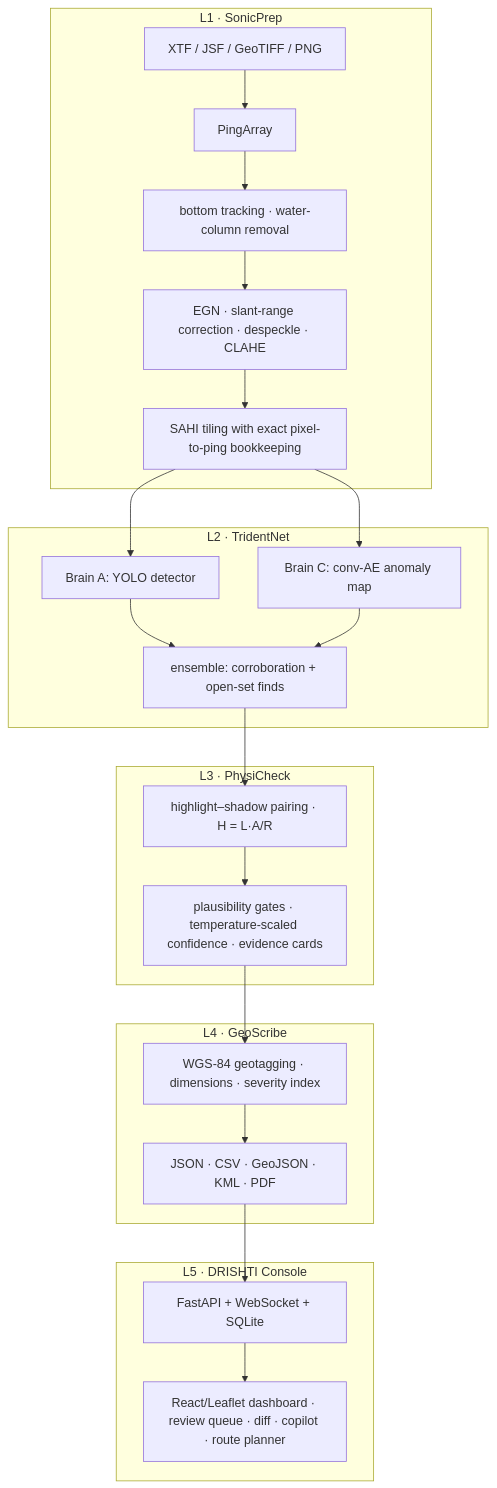
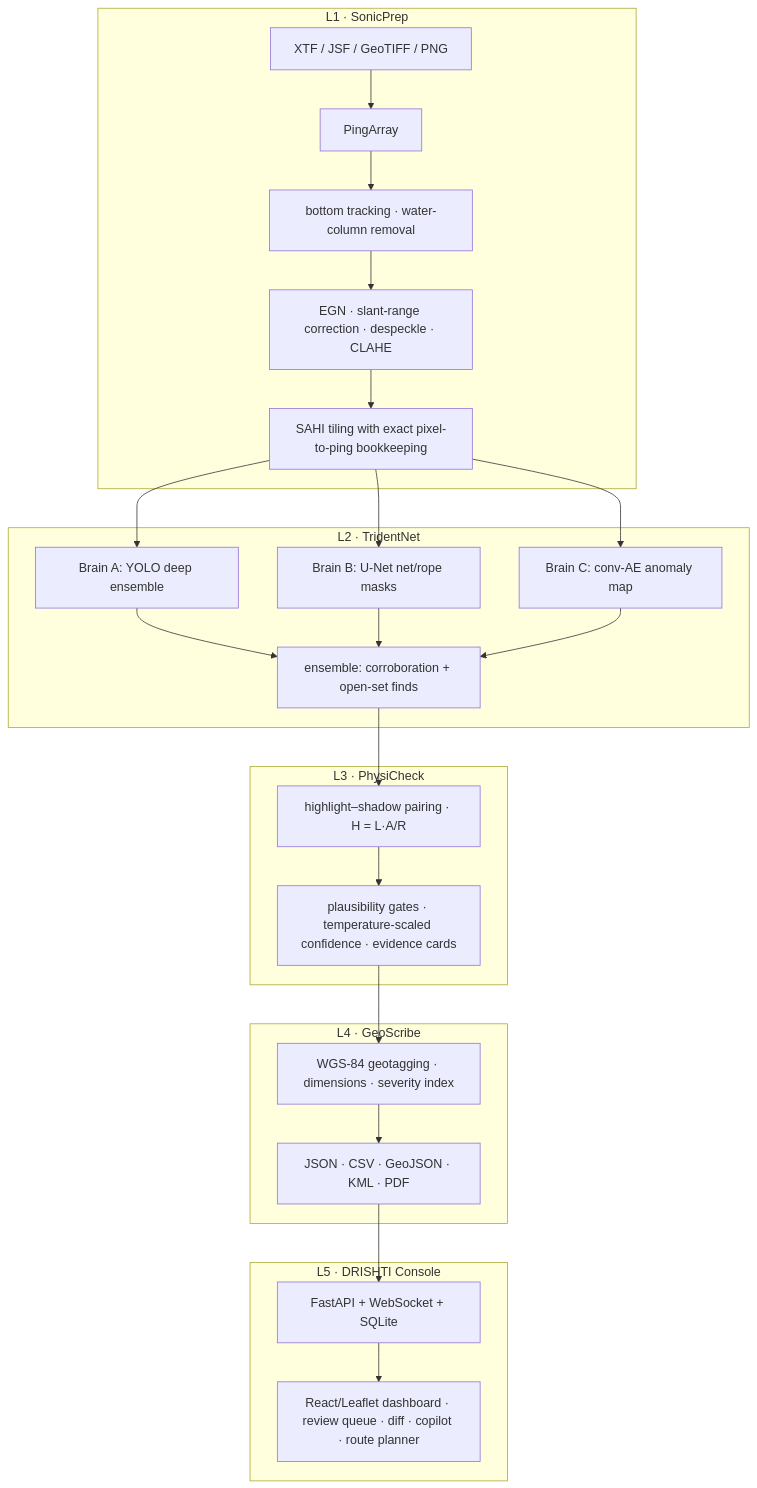
Before and after one commit to SUBASH-R-007/SAGAR-NETRA: the diagram in README.md, drawn with Mermaid. The commit also changed other lines of this file and 3 other files, not shown here.

````diff
--- a/README.md
+++ b/README.md
@@ -17,26 +20,27 @@
 ```mermaid
 flowchart TD
     subgraph L1["L1 · SonicPrep"]
         A[XTF / JSF / GeoTIFF / PNG] --> B[PingArray]
         B --> C[bottom tracking · water-column removal]
         C --> D[EGN · slant-range correction · despeckle · CLAHE]
         D --> E[SAHI tiling with exact pixel-to-ping bookkeeping]
     end
     subgraph L2["L2 · TridentNet"]
-        E --> F[Brain A: YOLO detector]
+        E --> F[Brain A: YOLO deep ensemble]
+        E --> G[Brain B: U-Net net/rope masks]
         E --> H[Brain C: conv-AE anomaly map]
-        F & H --> I[ensemble: corroboration + open-set finds]
+        F & G & H --> I[ensemble: corroboration + open-set finds]
     end
     subgraph L3["L3 · PhysiCheck"]
         I --> J[highlight–shadow pairing · H = L·A/R]
         J --> K[plausibility gates · temperature-scaled confidence · evidence cards]
     end
     subgraph L4["L4 · GeoScribe"]
         K --> L[WGS-84 geotagging · dimensions · severity index]
         L --> M[JSON · CSV · GeoJSON · KML · PDF]
     end
     subgraph L5["L5 · DRISHTI Console"]
         M --> N[FastAPI + WebSocket + SQLite]
         N --> O[React/Leaflet dashboard · review queue · diff · copilot · route planner]
     end
 ```
````
